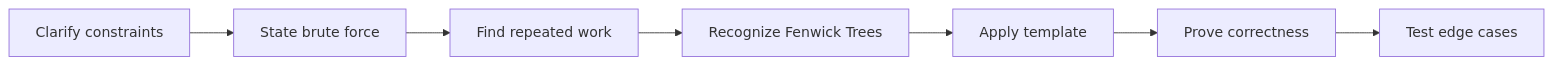
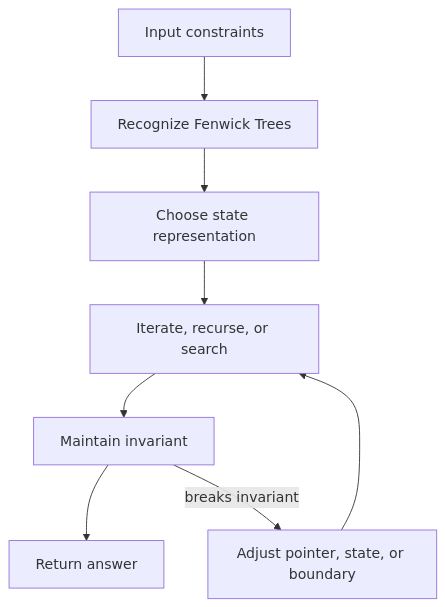
The second of 2 diagrams in coding-round/data-structures/fenwick-trees/index.md (abstractinterviews/abstractinterviews.github.io), drawn with Mermaid before and after one commit. The commit also changed other lines of this file and 278 other files, not shown here.

````diff
--- a/coding-round/data-structures/fenwick-trees/index.md
+++ b/coding-round/data-structures/fenwick-trees/index.md
@@ -123,9 +121,10 @@
-~~~mermaid
-flowchart LR
-    A["Clarify constraints"] --> B["State brute force"]
-    B --> C["Find repeated work"]
-    C --> D["Recognize Fenwick Trees"]
-    D --> E["Apply template"]
-    E --> F["Prove correctness"]
-    F --> G["Test edge cases"]
-~~~
+```mermaid
+flowchart TD
+    Input["Input constraints"] --> Pattern["Recognize Fenwick Trees"]
+    Pattern --> State["Choose state representation"]
+    State --> Iterate["Iterate, recurse, or search"]
+    Iterate --> Check["Maintain invariant"]
+    Check --> Result["Return answer"]
+    Check -->|breaks invariant| Fix["Adjust pointer, state, or boundary"]
+    Fix --> Iterate
+```
````
